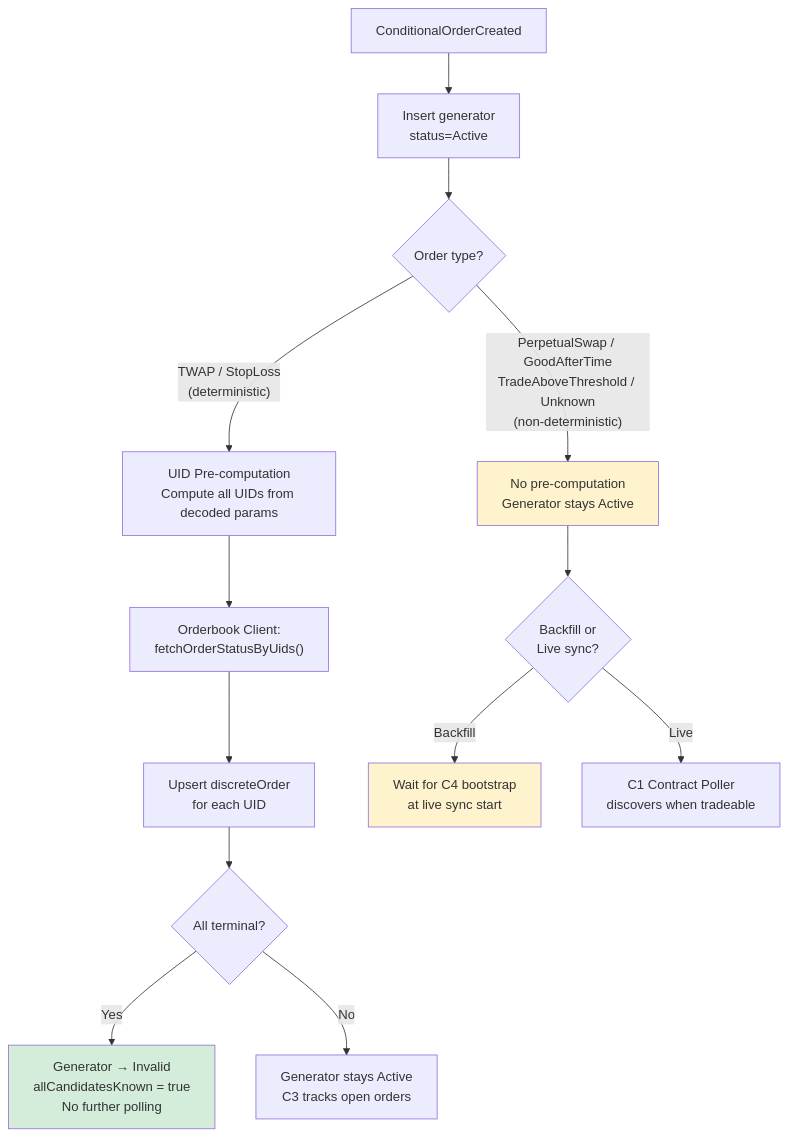
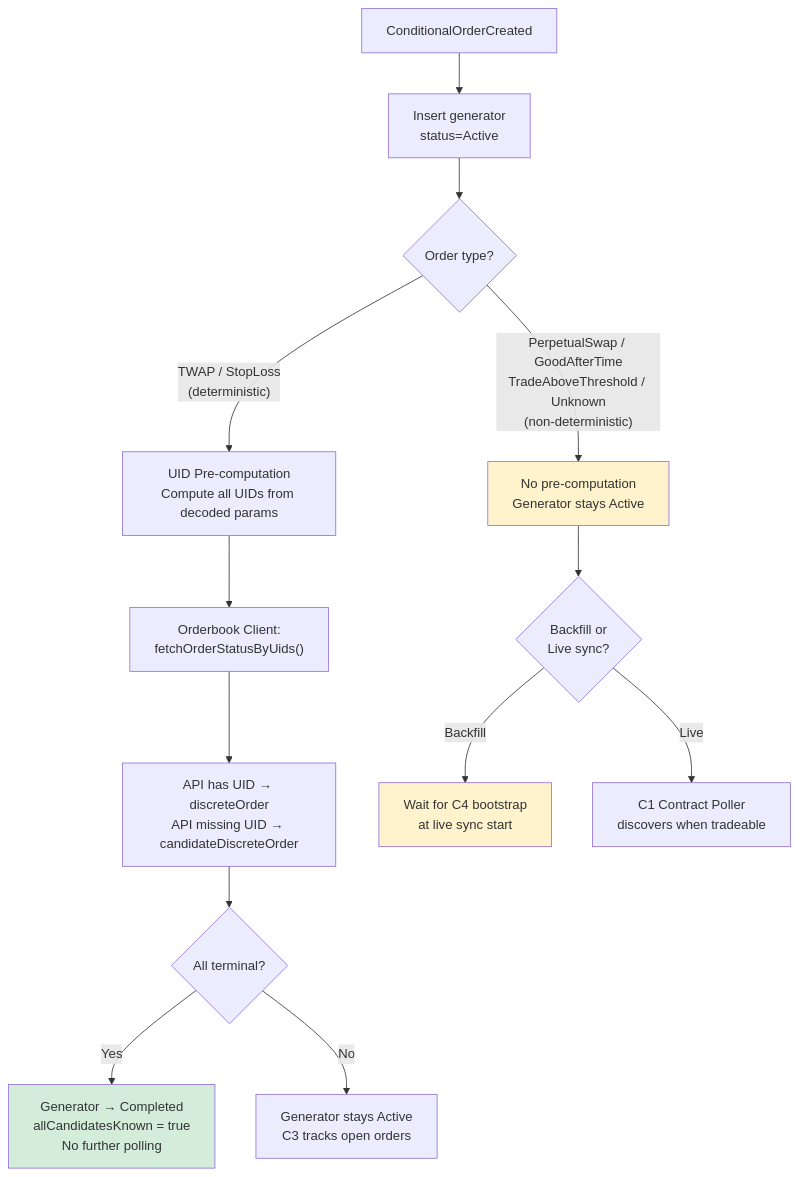
The second of 7 diagrams in agent_docs/m3-orderbook-integration-flow.md (bleu/cow-programmatic-orders-api), drawn with Mermaid before and after one commit. The commit also changed other lines of this file and 4 other files, not shown here.

````diff
--- a/agent_docs/m3-orderbook-integration-flow.md
+++ b/agent_docs/m3-orderbook-integration-flow.md
@@ -434,23 +445,23 @@
 ```mermaid
 flowchart TD
     E["ConditionalOrderCreated"] --> Insert["Insert generator<br/>status=Active"]
 
     Insert --> Check{"Order type?"}
 
     Check -->|"TWAP / StopLoss<br/>(deterministic)"| Pre["UID Pre-computation<br/>Compute all UIDs from decoded params"]
     Check -->|"PerpetualSwap / GoodAfterTime<br/>TradeAboveThreshold / Unknown<br/>(non-deterministic)"| Skip["No pre-computation<br/>Generator stays Active"]
 
     Pre --> API["Orderbook Client:<br/>fetchOrderStatusByUids()"]
-    API --> Upsert["Upsert discreteOrder<br/>for each UID"]
+    API --> Upsert["API has UID → discreteOrder<br/>API missing UID → candidateDiscreteOrder"]
     Upsert --> Term{"All terminal?"}
-    Term -->|Yes| Deactivate["Generator → Invalid<br/>allCandidatesKnown = true<br/>No further polling"]
+    Term -->|Yes| Deactivate["Generator → Completed<br/>allCandidatesKnown = true<br/>No further polling"]
     Term -->|No| Active["Generator stays Active<br/>C3 tracks open orders"]
 
     Skip --> BackfillQ{"Backfill or<br/>Live sync?"}
     BackfillQ -->|Backfill| Wait["Wait for C4 bootstrap<br/>at live sync start"]
     BackfillQ -->|Live| Poll["C1 Contract Poller<br/>discovers when tradeable"]
 
     style Deactivate fill:#d4edda
     style Skip fill:#fff3cd
     style Wait fill:#fff3cd
 ```
````
